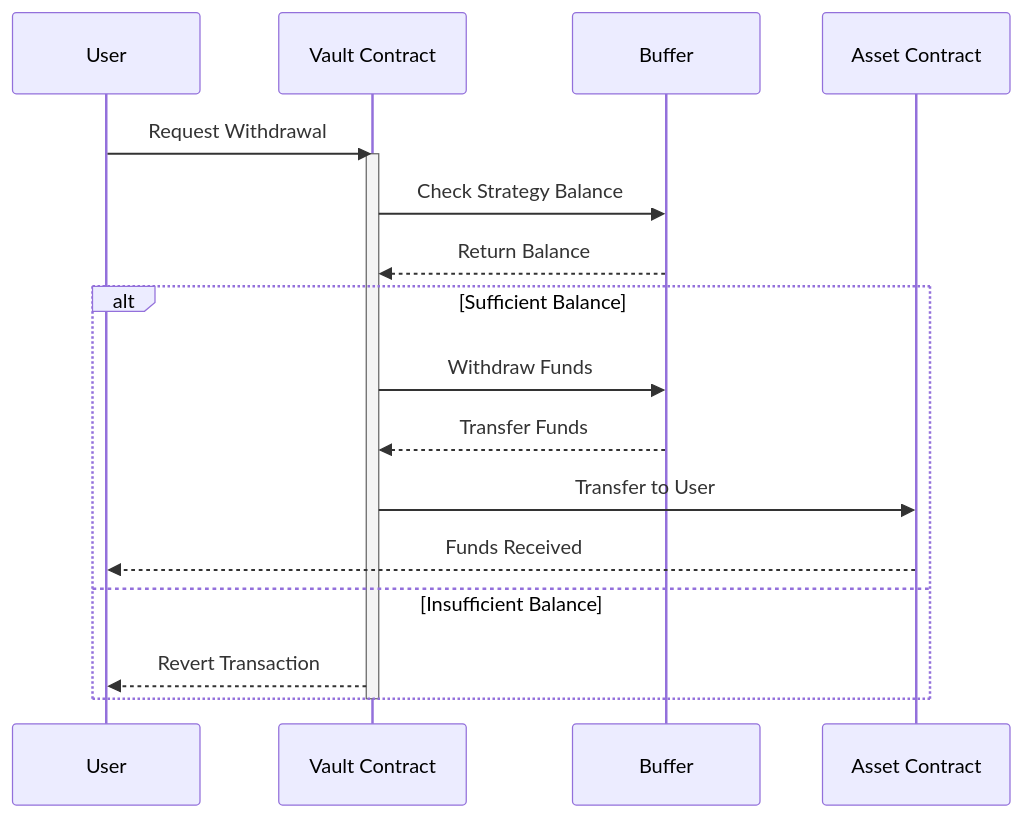
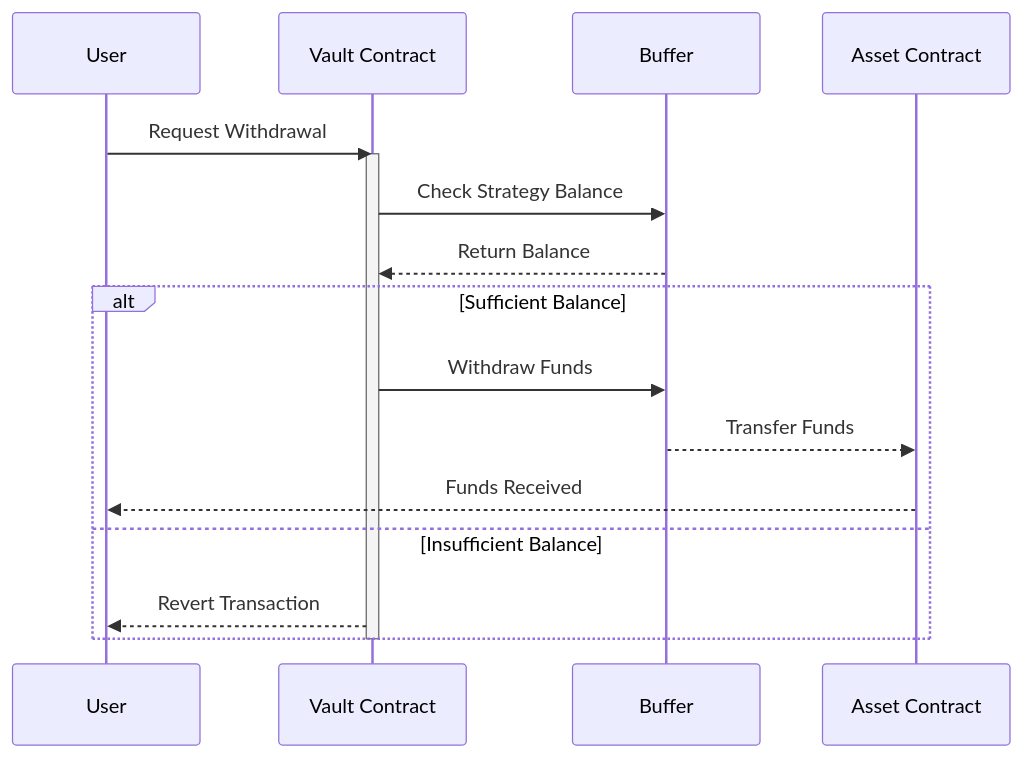
Before and after one commit to yieldnest/yieldnest-vault: the third of 3 diagrams in docs/vault.md, drawn with Mermaid. The commit also changed other lines of this file and 58 other files, not shown here.

````diff
--- a/docs/vault.md
+++ b/docs/vault.md
@@ -143,21 +143,20 @@
 ```mermaid
 sequenceDiagram
     participant User
     participant Vault as Vault Contract
     participant Strategy as Buffer
     participant Asset as Asset Contract
 
     User->>Vault: Request Withdrawal
     activate Vault
     Vault->>Strategy: Check Strategy Balance
     Strategy-->>Vault: Return Balance
     alt Sufficient Balance
         Vault->>Strategy: Withdraw Funds
-        Strategy-->>Vault: Transfer Funds
-        Vault->>Asset: Transfer to User
+        Strategy-->>Asset: Transfer Funds
         Asset-->>User: Funds Received
     else Insufficient Balance
         Vault-->>User: Revert Transaction
     end
     deactivate Vault
 ```
````
